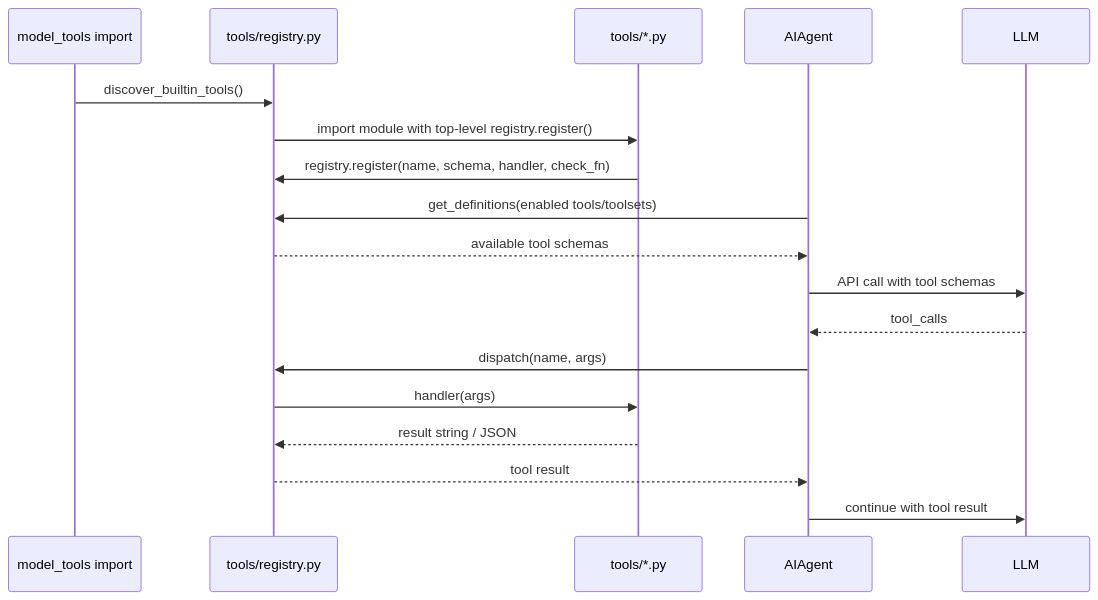
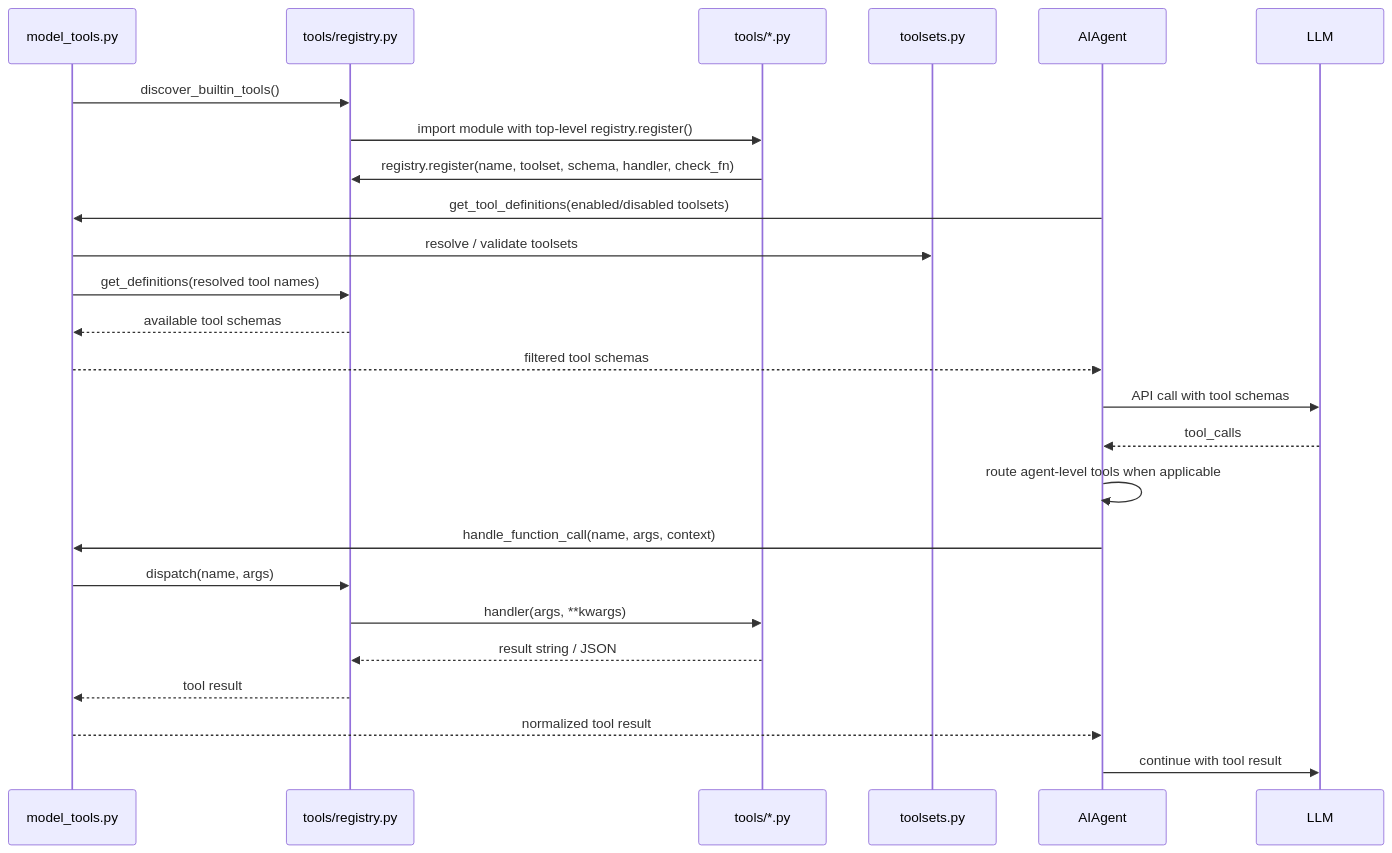
One commit to M1racleShih/hermes-relay changed the diagram in docs/diagrams/01-tool-dispatch-flow.md. Above: the diagram before and after it, drawn with Mermaid. The commit also changed other lines of this file and 11 other files, not shown here.

````diff
--- a/docs/diagrams/01-tool-dispatch-flow.md
+++ b/docs/diagrams/01-tool-dispatch-flow.md
@@ -3,21 +3,28 @@
 ```mermaid
 sequenceDiagram
-    participant Import as model_tools import
+    participant ModelTools as model_tools.py
     participant Registry as tools/registry.py
     participant Tool as tools/*.py
+    participant Toolsets as toolsets.py
     participant Agent as AIAgent
     participant Model as LLM
 
-    Import->>Registry: discover_builtin_tools()
+    ModelTools->>Registry: discover_builtin_tools()
     Registry->>Tool: import module with top-level registry.register()
-    Tool->>Registry: registry.register(name, schema, handler, check_fn)
-    Agent->>Registry: get_definitions(enabled tools/toolsets)
-    Registry-->>Agent: available tool schemas
+    Tool->>Registry: registry.register(name, toolset, schema, handler, check_fn)
+    Agent->>ModelTools: get_tool_definitions(enabled/disabled toolsets)
+    ModelTools->>Toolsets: resolve / validate toolsets
+    ModelTools->>Registry: get_definitions(resolved tool names)
+    Registry-->>ModelTools: available tool schemas
+    ModelTools-->>Agent: filtered tool schemas
     Agent->>Model: API call with tool schemas
     Model-->>Agent: tool_calls
-    Agent->>Registry: dispatch(name, args)
-    Registry->>Tool: handler(args)
+    Agent->>Agent: route agent-level tools when applicable
+    Agent->>ModelTools: handle_function_call(name, args, context)
+    ModelTools->>Registry: dispatch(name, args)
+    Registry->>Tool: handler(args, **kwargs)
     Tool-->>Registry: result string / JSON
-    Registry-->>Agent: tool result
+    Registry-->>ModelTools: tool result
+    ModelTools-->>Agent: normalized tool result
     Agent->>Model: continue with tool result
 ```
````
